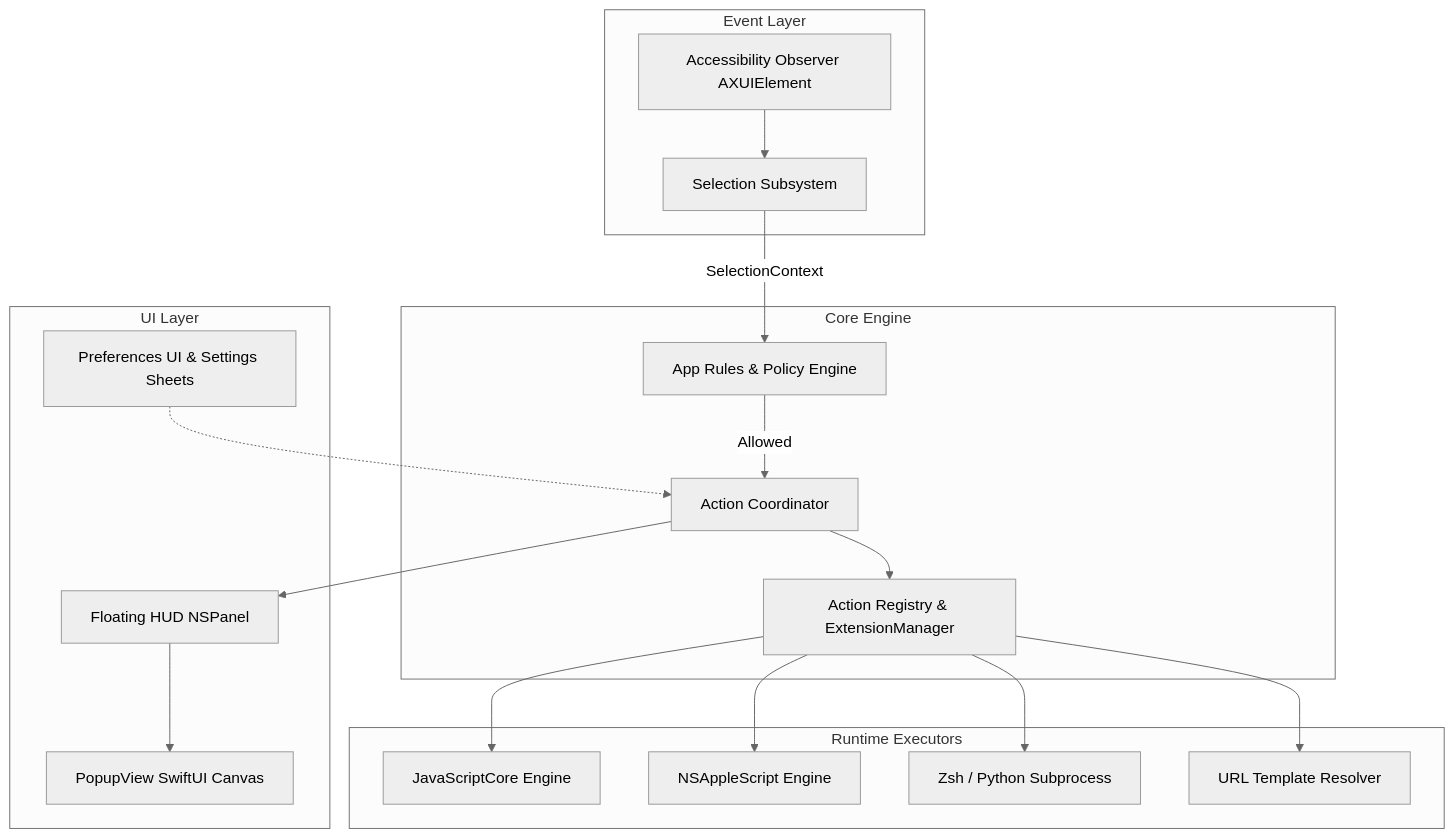
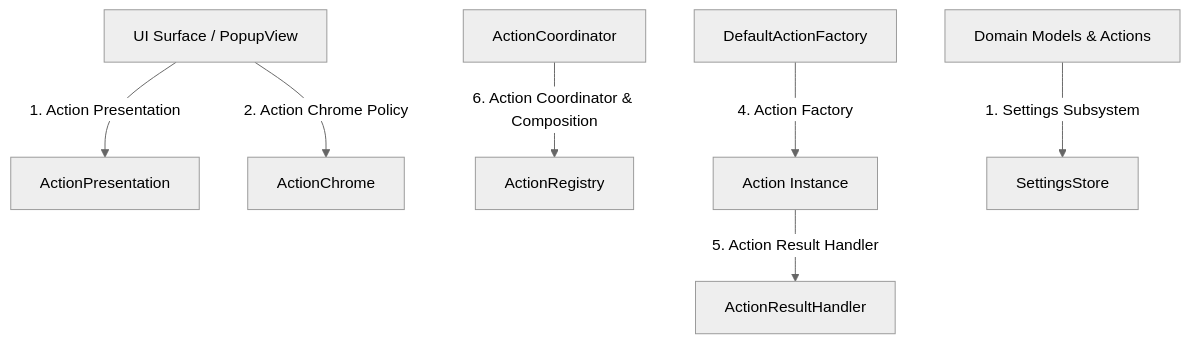
Before and after one commit to ganeshmshetty/openclip: the diagram in docs/architecture/overview.md, drawn with Mermaid (neutral theme). The commit also changed other lines of this file and 127 other files, not shown here.

````diff
--- a/docs/architecture/overview.md
+++ b/docs/architecture/overview.md
@@ -17,39 +41,9 @@
 ```mermaid
-flowchart TD
-    subgraph Event Layer
-        AX[Accessibility Observer AXUIElement]
-        SelectionEngine[Selection Subsystem]
-    end
-
-    subgraph Core Engine
-        RulesEngine[App Rules & Policy Engine]
-        Coordinator[Action Coordinator]
-        Registry[Action Registry & ExtensionManager]
-    end
-
-    subgraph Runtime Executors
-        JSExec[JavaScriptCore Engine]
-        ASExec[NSAppleScript Engine]
-        ProcessExec[Zsh / Python Subprocess]
-        URLExec[URL Template Resolver]
-    end
-
-    subgraph UI Layer
-        PopupPanel[Floating HUD NSPanel]
-        SwiftUIHUD[PopupView SwiftUI Canvas]
-        Prefs[Preferences UI & Settings Sheets]
-    end
-
-    AX --> SelectionEngine
-    SelectionEngine -->|SelectionContext| RulesEngine
-    RulesEngine -->|Allowed| Coordinator
-    Coordinator --> Registry
-    Registry --> JSExec
-    Registry --> ASExec
-    Registry --> ProcessExec
-    Registry --> URLExec
-
-    Coordinator --> PopupPanel
-    PopupPanel --> SwiftUIHUD
-    Prefs -.-> Coordinator
+graph TD
+ UI[UI Surface / PopupView] -->|1. Action Presentation| AP[ActionPresentation]
+ UI -->|2. Action Chrome Policy| AC[ActionChrome]
+ ACoord[ActionCoordinator] -->|6. Action Coordinator & Composition| AR[ActionRegistry]
+ AF[DefaultActionFactory] -->|4. Action Factory| Action[Action Instance]
+ Action -->|5. Action Result Handler| ARH[ActionResultHandler]
+ Core[Domain Models & Actions] -->|1. Settings Subsystem| SS[SettingsStore]
 ```
````
